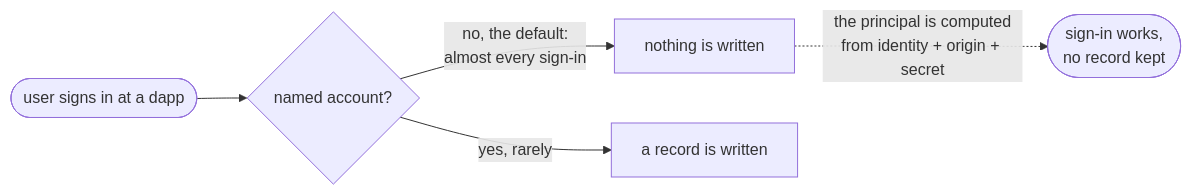
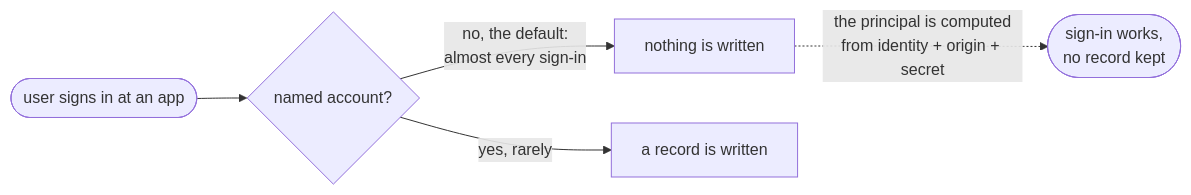
Before and after one commit to dfinity/internet-identity: the first of 2 diagrams in docs/ongoing/tracked-default-accounts.md, drawn with Mermaid. The commit also changed other lines of this file and 1 other file, not shown here.

````diff
--- a/docs/ongoing/tracked-default-accounts.md
+++ b/docs/ongoing/tracked-default-accounts.md
@@ -29,7 +29,7 @@
 ```mermaid
 flowchart LR
-    U([user signs in at a dapp]) --> Q{"named account?"}
+    U([user signs in at an app]) --> Q{"named account?"}
     Q -->|"no, the default:<br/>almost every sign-in"| N["nothing is written"]
     Q -->|"yes, rarely"| S["a record is written"]
     N -.->|"the principal is computed<br/>from identity + origin + secret"| P(["sign-in works,<br/>no record kept"])
 ```
````
